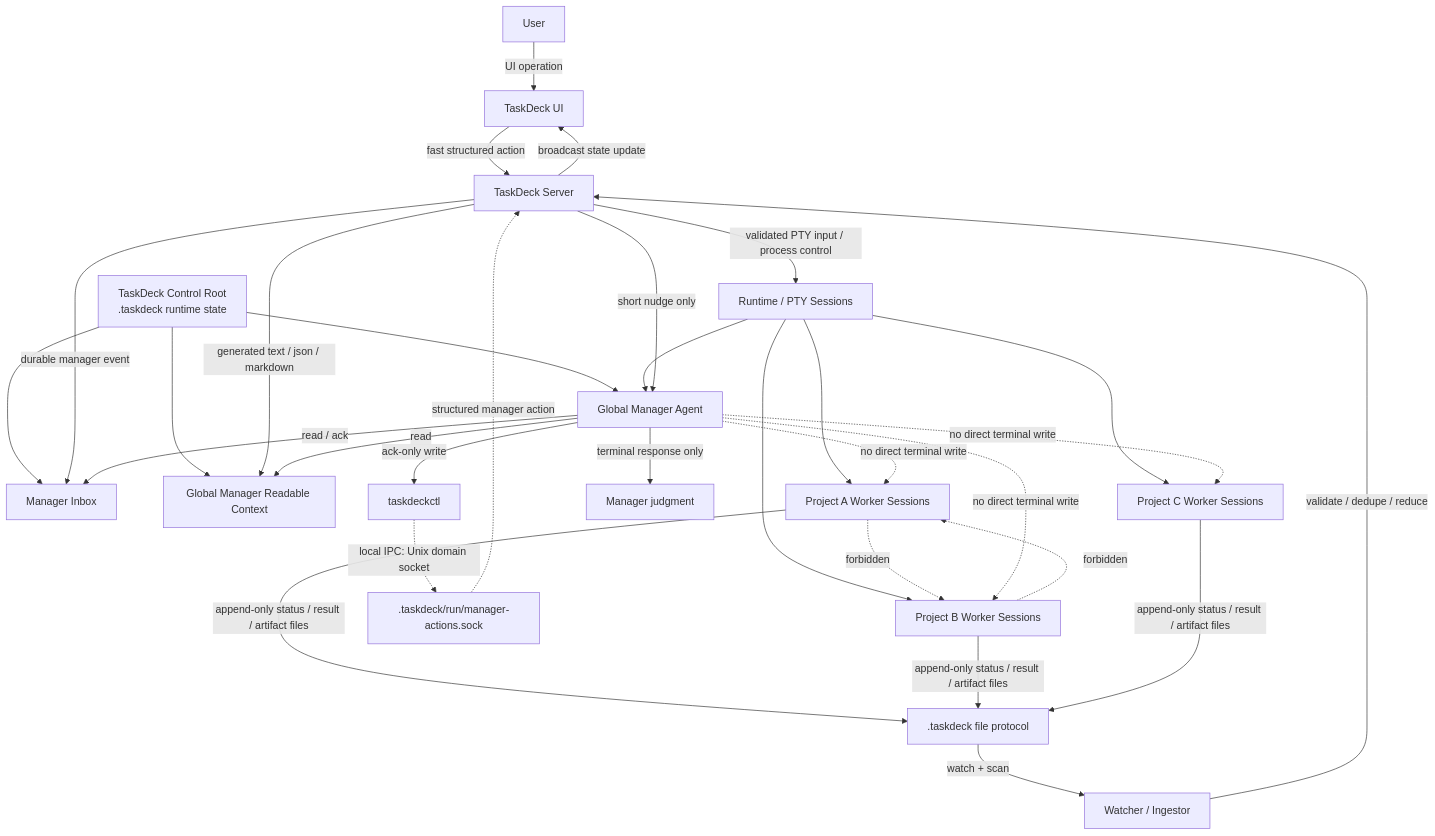
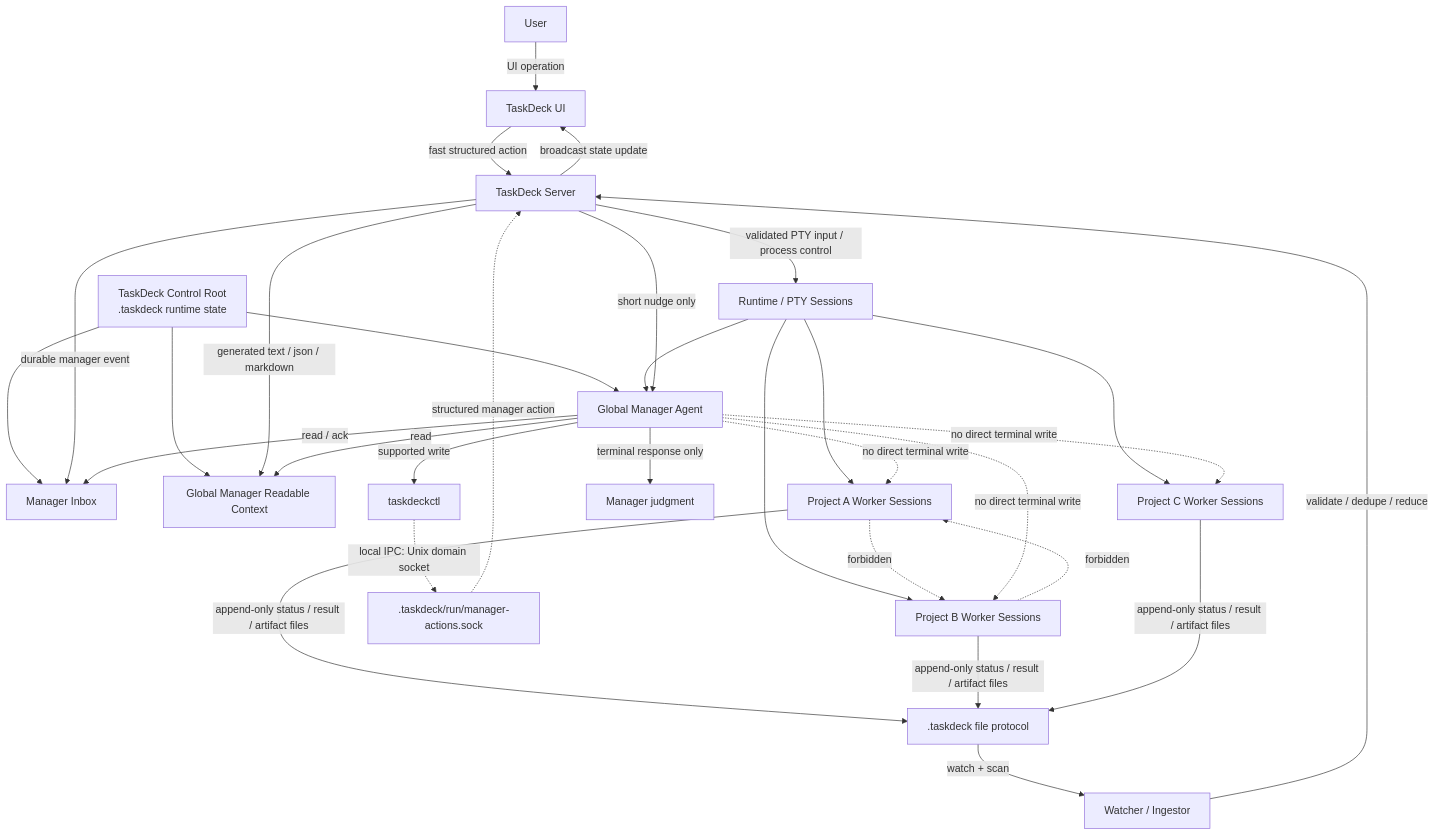
Before and after one commit to hayashikentaro/task-deck: the diagram in docs/taskdeck-actor-protocol.md, drawn with Mermaid. The commit also changed other lines of this file and 9 other files, not shown here.

````diff
--- a/docs/taskdeck-actor-protocol.md
+++ b/docs/taskdeck-actor-protocol.md
@@ -24,42 +24,42 @@
 ```mermaid
 flowchart TD
   User[User] -->|UI operation| UI[TaskDeck UI]
   UI -->|fast structured action| Server[TaskDeck Server]
 
   ControlRoot[TaskDeck Control Root<br/>.taskdeck runtime state] --> ManagerInbox[Manager Inbox]
   ControlRoot --> ReadModel[Global Manager Readable Context]
   ControlRoot --> Manager[Global Manager Agent]
 
   Server -->|validated PTY input / process control| Runtime[Runtime / PTY Sessions]
   Runtime --> ProjectA[Project A Worker Sessions]
   Runtime --> ProjectB[Project B Worker Sessions]
   Runtime --> ProjectC[Project C Worker Sessions]
   Runtime --> Manager
 
   ProjectA -->|append-only status / result / artifact files| Files[.taskdeck file protocol]
   ProjectB -->|append-only status / result / artifact files| Files
   ProjectC -->|append-only status / result / artifact files| Files
 
   Files -->|watch + scan| Ingest[Watcher / Ingestor]
   Ingest -->|validate / dedupe / reduce| Server
 
   Server -->|generated text / json / markdown| ReadModel
   Server -->|durable manager event| ManagerInbox
   Server -->|short nudge only| Manager
 
   Manager -->|read| ReadModel
   Manager -->|read / ack| ManagerInbox
   Manager -->|terminal response only| ManagerOutput[Manager judgment]
 
-  Manager -->|ack-only write| Taskdeckctl[taskdeckctl]
+  Manager -->|supported write| Taskdeckctl[taskdeckctl]
   Taskdeckctl -. local IPC: Unix domain socket .-> Socket[.taskdeck/run/manager-actions.sock]
   Socket -. structured manager action .-> Server
 
   Server -->|broadcast state update| UI
 
   ProjectA -. forbidden .-> ProjectB
   ProjectB -. forbidden .-> ProjectA
   Manager -. no direct terminal write .-> ProjectA
   Manager -. no direct terminal write .-> ProjectB
   Manager -. no direct terminal write .-> ProjectC
 ```
````
